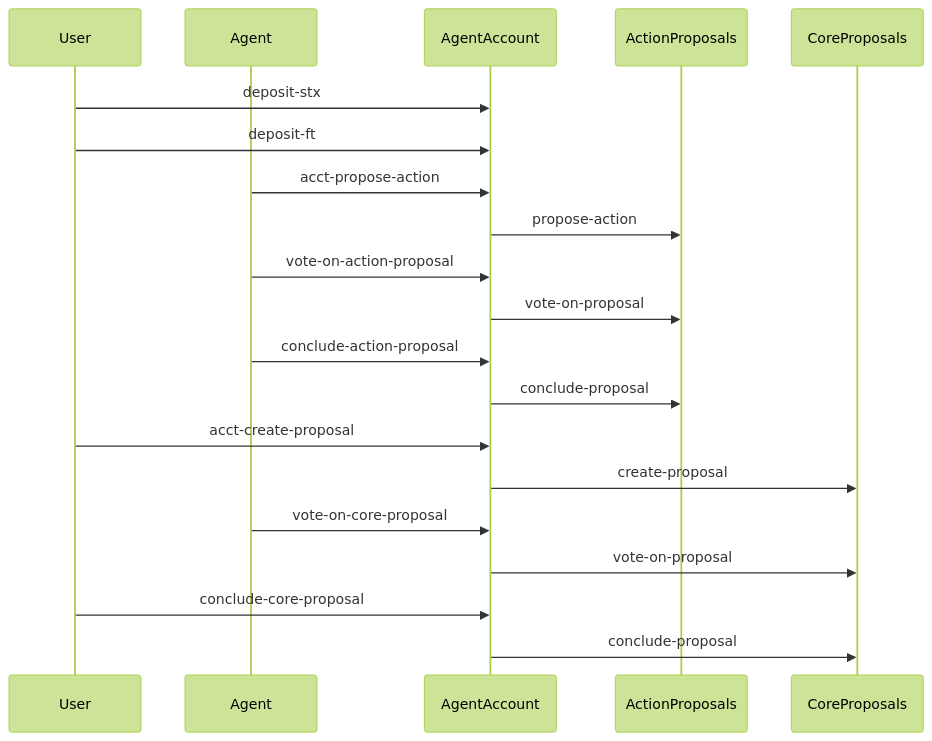
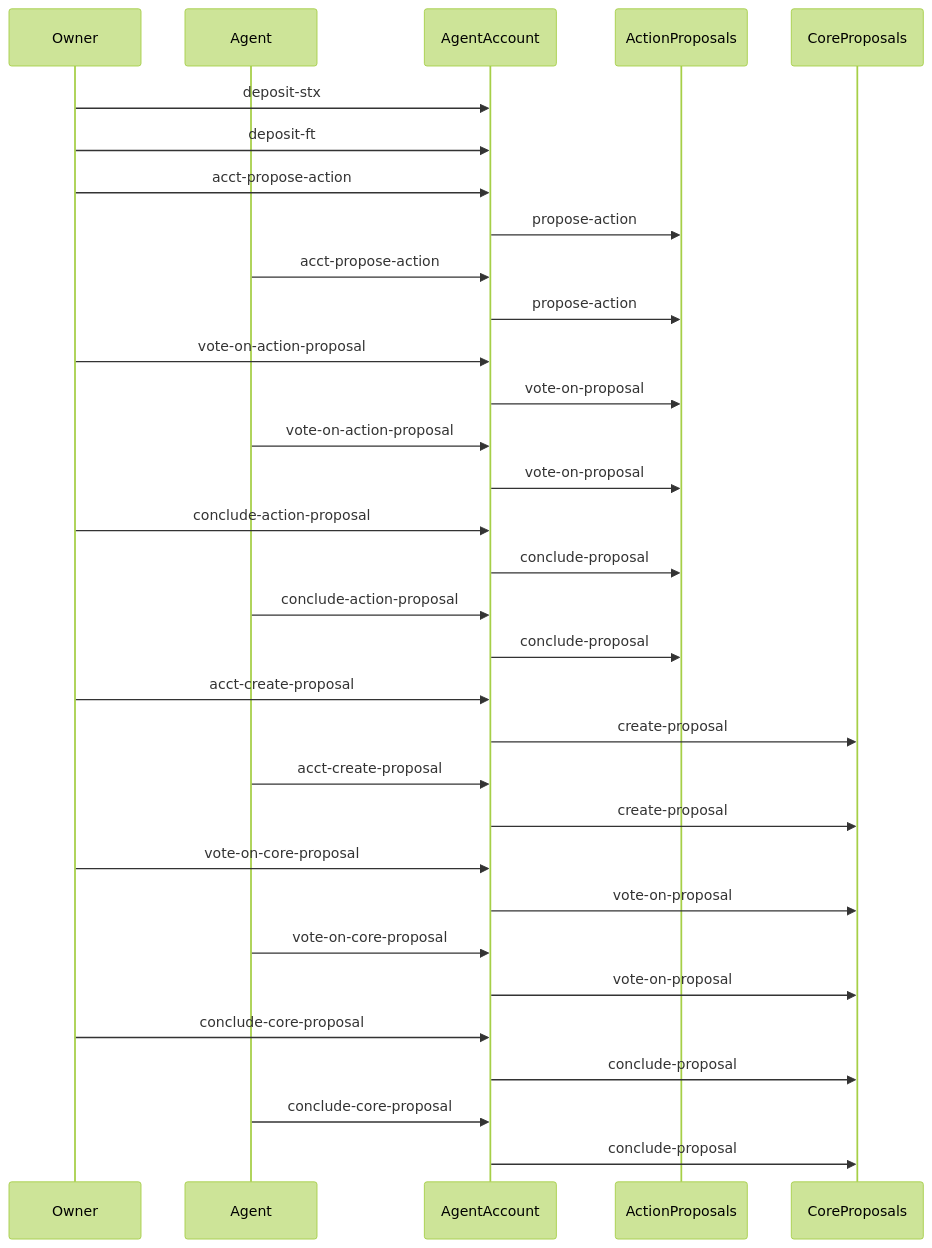
One commit to aibtcdev/aibtcdev-docs changed the first of 2 diagrams in aibtc-contracts/agent-account/README.md. Above: the diagram before and after it, drawn with Mermaid (forest theme). The commit also changed other lines of this file and 1 other file, not shown here.

Commit message:
docs: Clarify owner/agent roles and permissions in documentation

````diff
--- a/aibtc-contracts/agent-account/README.md
+++ b/aibtc-contracts/agent-account/README.md
@@ -158,29 +160,47 @@
 ```mermaid
 sequenceDiagram
-    participant User
+    participant Owner
     participant Agent
     participant AgentAccount
     participant ActionProposals
     participant CoreProposals
     
-    User->>AgentAccount: deposit-stx
-    User->>AgentAccount: deposit-ft
+    Owner->>AgentAccount: deposit-stx
+    Owner->>AgentAccount: deposit-ft
+    
+    Owner->>AgentAccount: acct-propose-action
+    AgentAccount->>ActionProposals: propose-action
     
     Agent->>AgentAccount: acct-propose-action
     AgentAccount->>ActionProposals: propose-action
     
+    Owner->>AgentAccount: vote-on-action-proposal
+    AgentAccount->>ActionProposals: vote-on-proposal
+    
     Agent->>AgentAccount: vote-on-action-proposal
     AgentAccount->>ActionProposals: vote-on-proposal
+    
+    Owner->>AgentAccount: conclude-action-proposal
+    AgentAccount->>ActionProposals: conclude-proposal
     
     Agent->>AgentAccount: conclude-action-proposal
     AgentAccount->>ActionProposals: conclude-proposal
     
-    User->>AgentAccount: acct-create-proposal
+    Owner->>AgentAccount: acct-create-proposal
     AgentAccount->>CoreProposals: create-proposal
+    
+    Agent->>AgentAccount: acct-create-proposal
+    AgentAccount->>CoreProposals: create-proposal
+    
+    Owner->>AgentAccount: vote-on-core-proposal
+    AgentAccount->>CoreProposals: vote-on-proposal
     
     Agent->>AgentAccount: vote-on-core-proposal
     AgentAccount->>CoreProposals: vote-on-proposal
     
-    User->>AgentAccount: conclude-core-proposal
+    Owner->>AgentAccount: conclude-core-proposal
+    AgentAccount->>CoreProposals: conclude-proposal
+    
+    Agent->>AgentAccount: conclude-core-proposal
     AgentAccount->>CoreProposals: conclude-proposal
 ```
````
